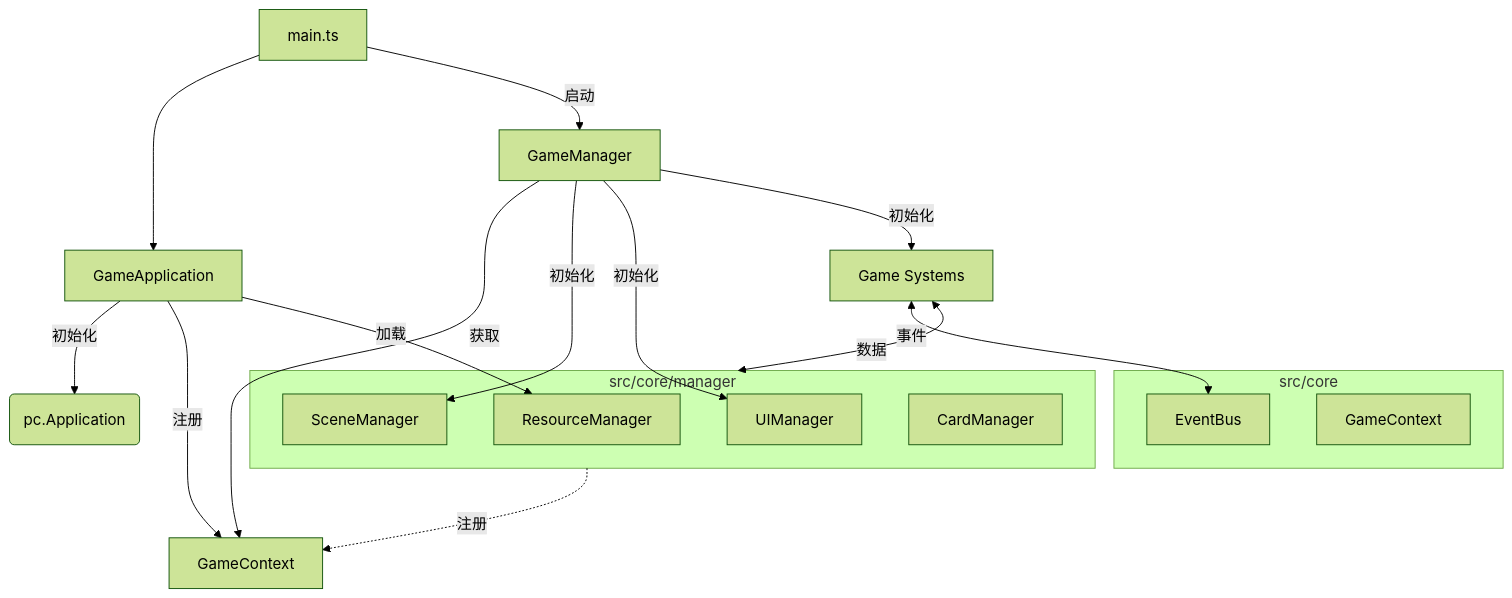
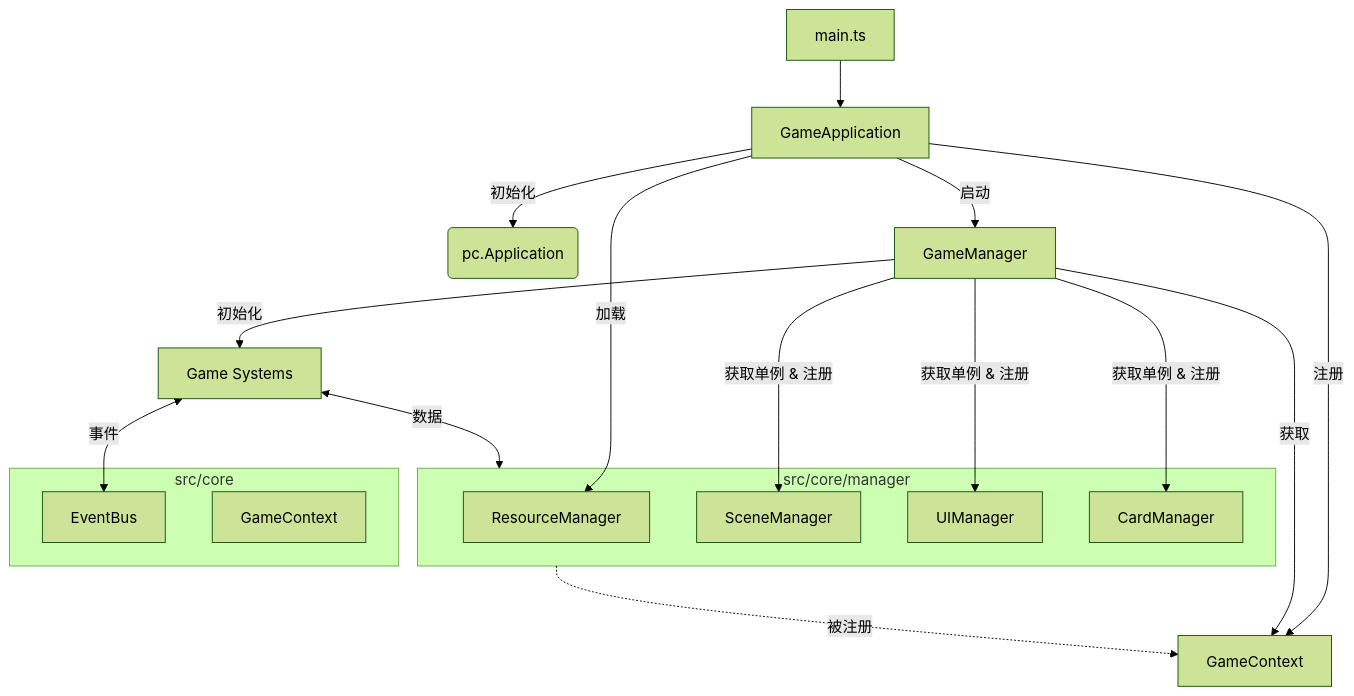
One commit to JuFireX/Study-Survival changed the diagram in src/core/docs/ARCHITECTURE.md. Above: the diagram before and after it, drawn with Mermaid (forest theme). The commit also changed other lines of this file and 1 other file, not shown here.

Commit message:
docs(core): 更新API和架构文档以反映最新实现
- 完善API文档中各管理器的具体方法和使用示例
- 更新架构图以显示单例模式和管理器注册流程
- 修正通信流程描述以匹配当前实现

````diff
--- a/src/core/docs/ARCHITECTURE.md
+++ b/src/core/docs/ARCHITECTURE.md
@@ -5,31 +5,31 @@
 ```mermaid
 graph TD
     Main[main.ts] --> GameApp[GameApplication]
     GameApp --> |初始化| App(pc.Application)
     GameApp --> |注册| Context[GameContext]
-    
+
     GameApp --> |加载| ResMgr[ResourceManager]
-    
-    Main --> |启动| GM[GameManager]
-    
+    GameApp --> |启动| GM[GameManager]
+
     GM --> |获取| Context
-    GM --> |初始化| SceneMgr[SceneManager]
-    GM --> |初始化| UIMgr[UIManager]
+    GM --> |获取单例 & 注册| SceneMgr[SceneManager]
+    GM --> |获取单例 & 注册| UIMgr[UIManager]
+    GM --> |获取单例 & 注册| CardMgr[CardManager]
     GM --> |初始化| Systems[Game Systems]
-    
+
     subgraph Managers [src/core/manager]
         ResMgr
         SceneMgr
         UIMgr
-        CardMgr[CardManager]
+        CardMgr
     end
-    
+
     subgraph Core [src/core]
         EventBus
         GameContext
     end
-    
+
     Systems <--> |事件| EventBus
     Systems <--> |数据| Managers
-    Managers -.-> |注册| Context
+    Managers -.-> |被注册| Context
 ```
````
